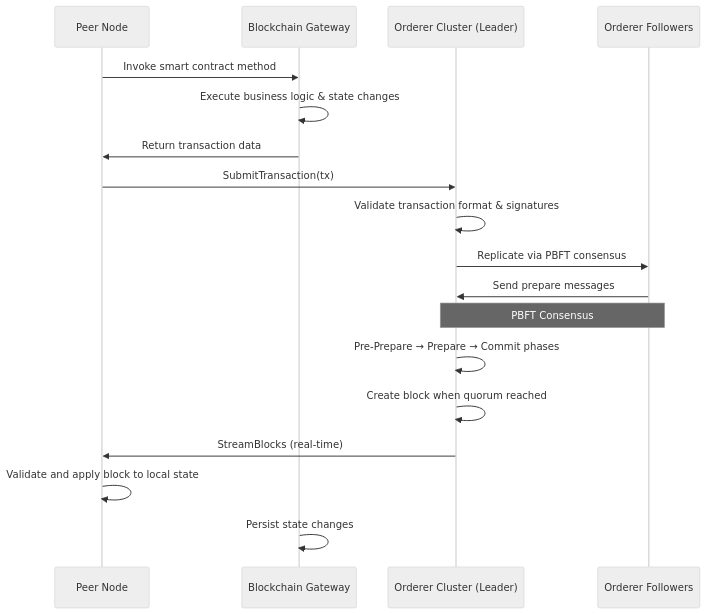
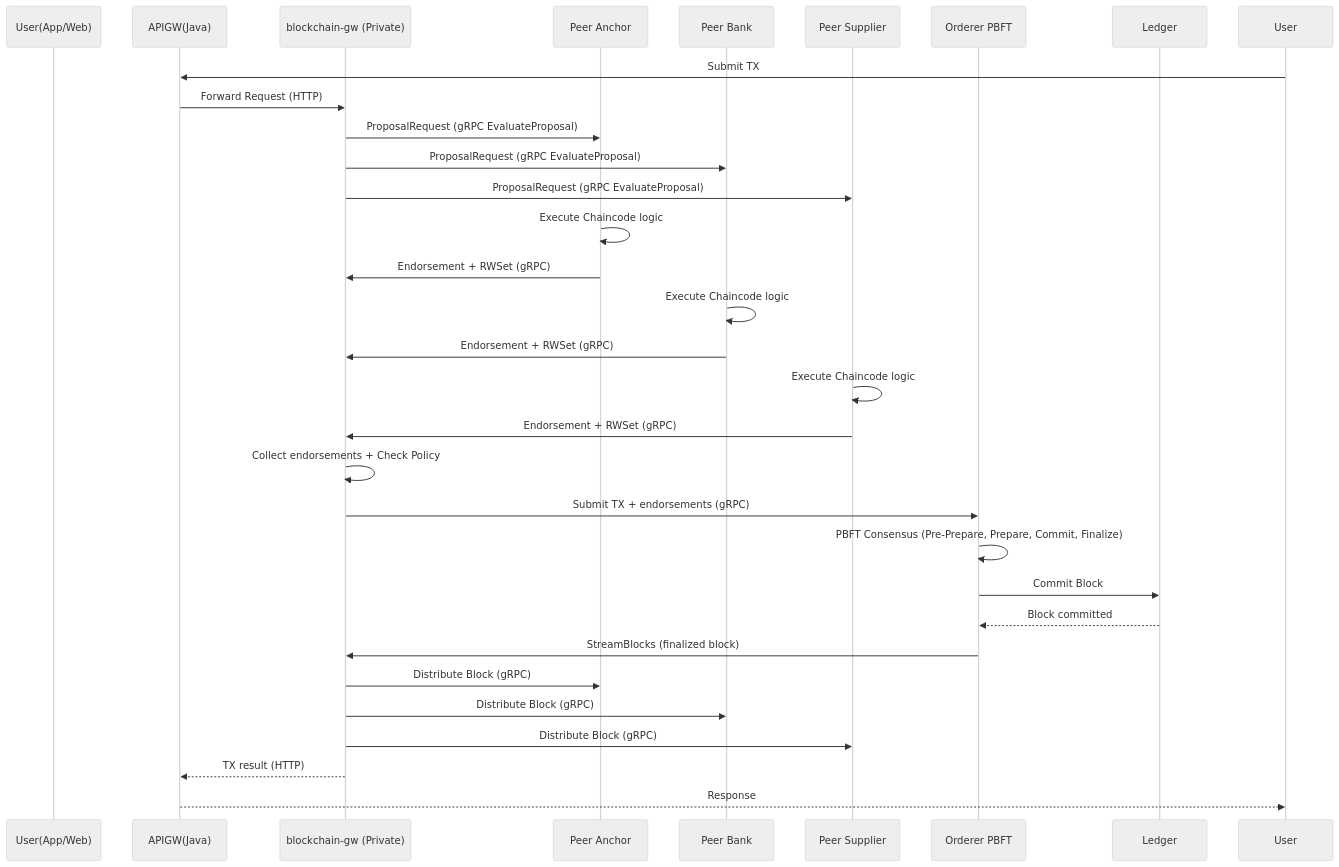
The fifth of 25 diagrams in System_Design_Document.md (trunghc97/blockchain), drawn with Mermaid (neutral theme) before and after one commit. The commit also changed other lines of this file and 5 other files, not shown here.

````diff
--- a/System_Design_Document.md
+++ b/System_Design_Document.md
@@ -629,24 +640,37 @@
 ```mermaid
 sequenceDiagram
-    participant Peer as Peer Node
-    participant Chaincode as Blockchain Gateway
-    participant Orderer as Orderer Cluster (Leader)
-    participant Followers as Orderer Followers
+    participant User(App/Web)
+    participant APIGW(Java)
+    participant GW as blockchain-gw (Private)
+    participant PeerA as Peer Anchor
+    participant PeerB as Peer Bank
+    participant PeerS as Peer Supplier
+    participant ORD as Orderer PBFT
+    participant LED as Ledger
 
-    Peer->>Chaincode: Invoke smart contract method
-    Chaincode->>Chaincode: Execute business logic & state changes
-    Chaincode->>Peer: Return transaction data
+    User->>APIGW(Java): Submit TX
+    APIGW(Java)->>GW: Forward Request (HTTP)
 
-    Peer->>Orderer: SubmitTransaction(tx)
-    Orderer->>Orderer: Validate transaction format & signatures
-    Orderer->>Followers: Replicate via PBFT consensus
-    Followers->>Orderer: Send prepare messages
+    GW->>PeerA: ProposalRequest (gRPC EvaluateProposal)
+    GW->>PeerB: ProposalRequest (gRPC EvaluateProposal)
+    GW->>PeerS: ProposalRequest (gRPC EvaluateProposal)
 
-    Note over Orderer,Followers: PBFT Consensus
-    Orderer->>Orderer: Pre-Prepare → Prepare → Commit phases
-    Orderer->>Orderer: Create block when quorum reached
-    Orderer->>Peer: StreamBlocks (real-time)
+    PeerA->>PeerA: Execute Chaincode logic
+    PeerA->>GW: Endorsement + RWSet (gRPC)
+    PeerB->>PeerB: Execute Chaincode logic
+    PeerB->>GW: Endorsement + RWSet (gRPC)
+    PeerS->>PeerS: Execute Chaincode logic
+    PeerS->>GW: Endorsement + RWSet (gRPC)
 
-    Peer->>Peer: Validate and apply block to local state
-    Chaincode->>Chaincode: Persist state changes
+    GW->>GW: Collect endorsements + Check Policy
+    GW->>ORD: Submit TX + endorsements (gRPC)
+    ORD->>ORD: PBFT Consensus (Pre-Prepare, Prepare, Commit, Finalize)
+    ORD->>LED: Commit Block
+    LED-->>ORD: Block committed
+    ORD->>GW: StreamBlocks (finalized block)
+    GW->>PeerA: Distribute Block (gRPC)
+    GW->>PeerB: Distribute Block (gRPC)
+    GW->>PeerS: Distribute Block (gRPC)
+    GW-->>APIGW(Java): TX result (HTTP)
+    APIGW(Java)-->>User: Response
 ```
````
